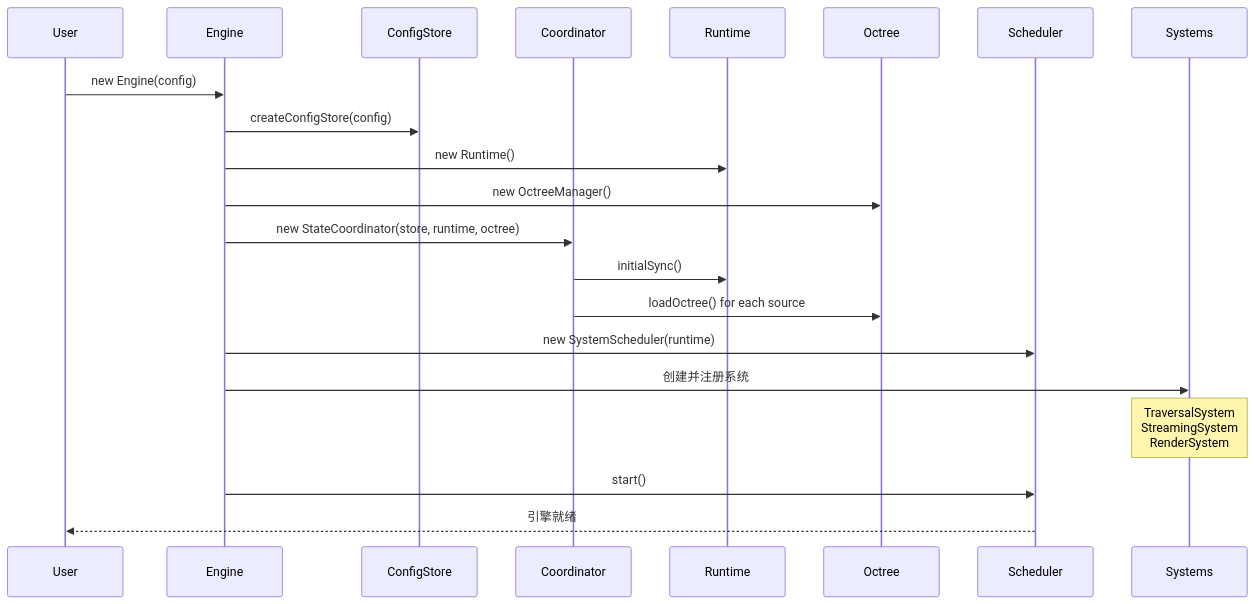
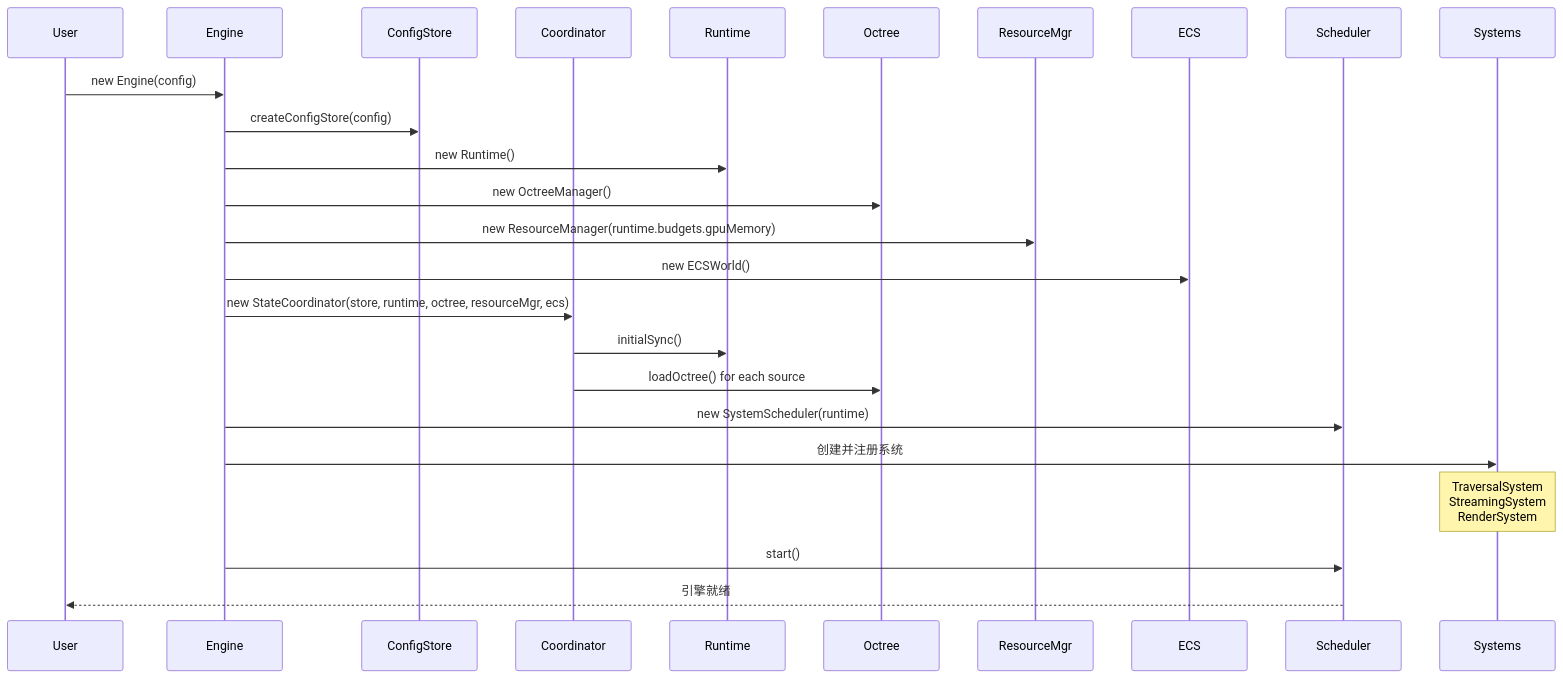
Before and after one commit to gqfx/batter-potree: the third of 8 diagrams in dev_docs/architecture-v8.md, drawn with Mermaid. The commit also changed other lines of this file and 4 other files, not shown here.

````diff
--- a/dev_docs/architecture-v8.md
+++ b/dev_docs/architecture-v8.md
@@ -1877,24 +2116,28 @@
 ```mermaid
 sequenceDiagram
     participant User
     participant Engine
     participant ConfigStore
     participant Coordinator
     participant Runtime
     participant Octree
+    participant ResourceMgr
+    participant ECS
     participant Scheduler
     participant Systems
 
     User->>Engine: new Engine(config)
     Engine->>ConfigStore: createConfigStore(config)
     Engine->>Runtime: new Runtime()
     Engine->>Octree: new OctreeManager()
-    Engine->>Coordinator: new StateCoordinator(store, runtime, octree)
+    Engine->>ResourceMgr: new ResourceManager(runtime.budgets.gpuMemory)
+    Engine->>ECS: new ECSWorld()
+    Engine->>Coordinator: new StateCoordinator(store, runtime, octree, resourceMgr, ecs)
     Coordinator->>Runtime: initialSync()
     Coordinator->>Octree: loadOctree() for each source
     Engine->>Scheduler: new SystemScheduler(runtime)
     Engine->>Systems: 创建并注册系统
     Note over Systems: TraversalSystem<br/>StreamingSystem<br/>RenderSystem
     Engine->>Scheduler: start()
     Scheduler-->>User: 引擎就绪
 ```
````
